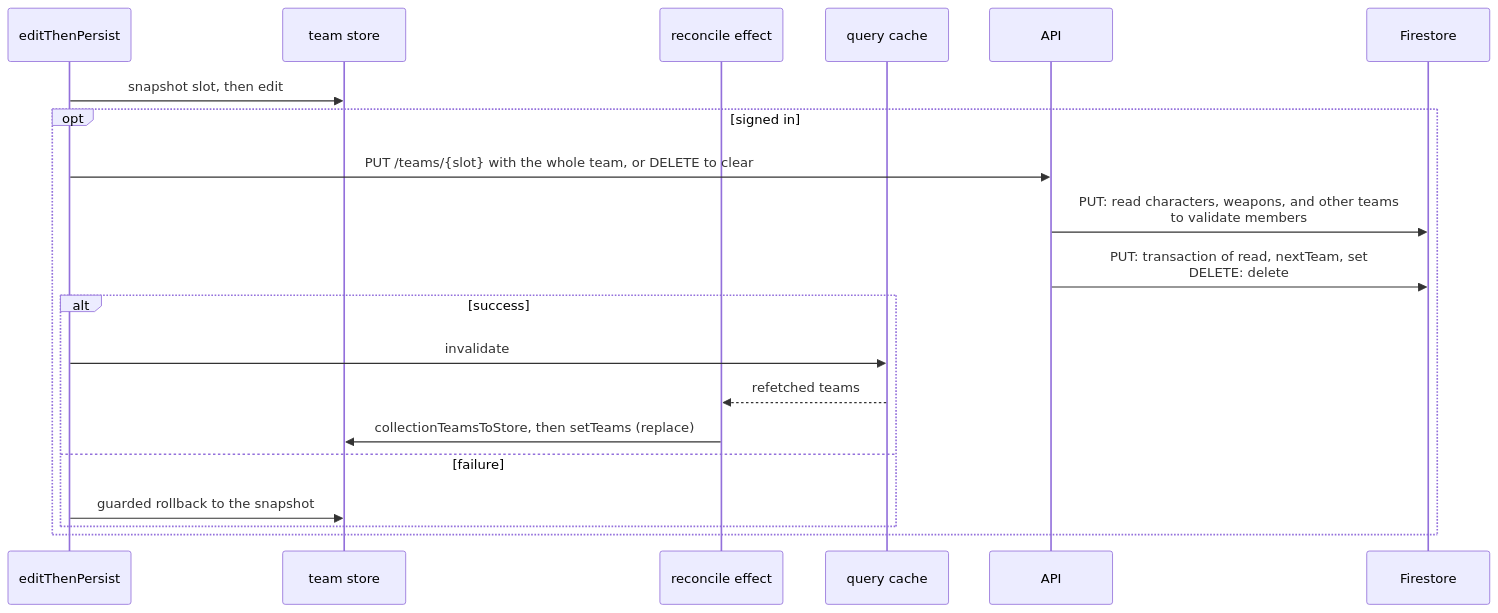
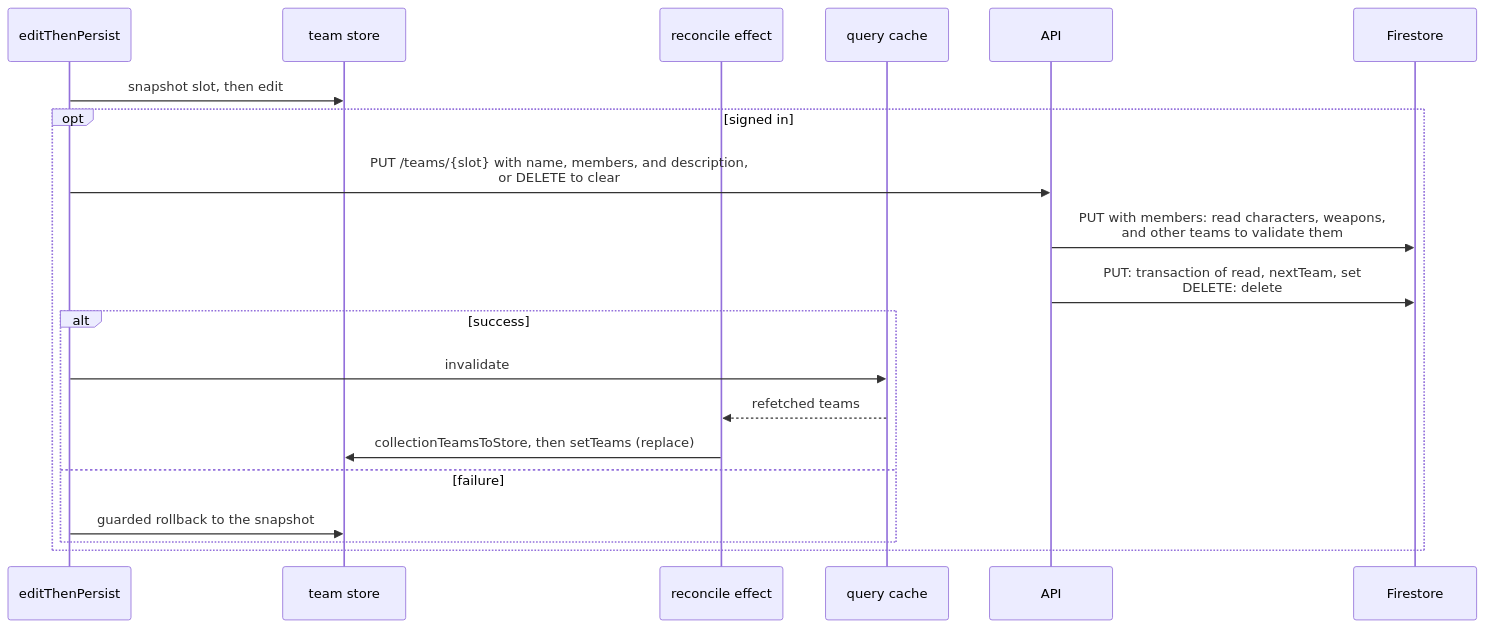
The third of 4 diagrams in docs/reference/data-flow-write-paths.md (dungeon-studio/genshin.dungeon.studio), drawn with Mermaid before and after one commit. The commit also changed other lines of this file and 4 other files, not shown here.

First line of the commit message:
docs: map data flow layers and entity lifecycles (#1838)

````diff
--- a/docs/reference/data-flow-write-paths.md
+++ b/docs/reference/data-flow-write-paths.md
@@ -127,23 +129,23 @@
 ```mermaid
 sequenceDiagram
   participant Hook as editThenPersist
   participant Store as team store
   participant Reconcile as reconcile effect
   participant Cache as query cache
   participant API as API
   participant FS as Firestore
 
   Hook->>Store: snapshot slot, then edit
   opt signed in
-    Hook->>API: PUT /teams/{slot} with the whole team, or DELETE to clear
-    API->>FS: PUT: read characters, weapons, and other teams<br>to validate members
+    Hook->>API: PUT /teams/{slot} with name, members, and description,<br>or DELETE to clear
+    API->>FS: PUT with members: read characters, weapons,<br>and other teams to validate them
     API->>FS: PUT: transaction of read, nextTeam, set<br>DELETE: delete
     alt success
       Hook->>Cache: invalidate
       Cache-->>Reconcile: refetched teams
       Reconcile->>Store: collectionTeamsToStore, then setTeams (replace)
     else failure
       Hook->>Store: guarded rollback to the snapshot
     end
   end
 ```
````
